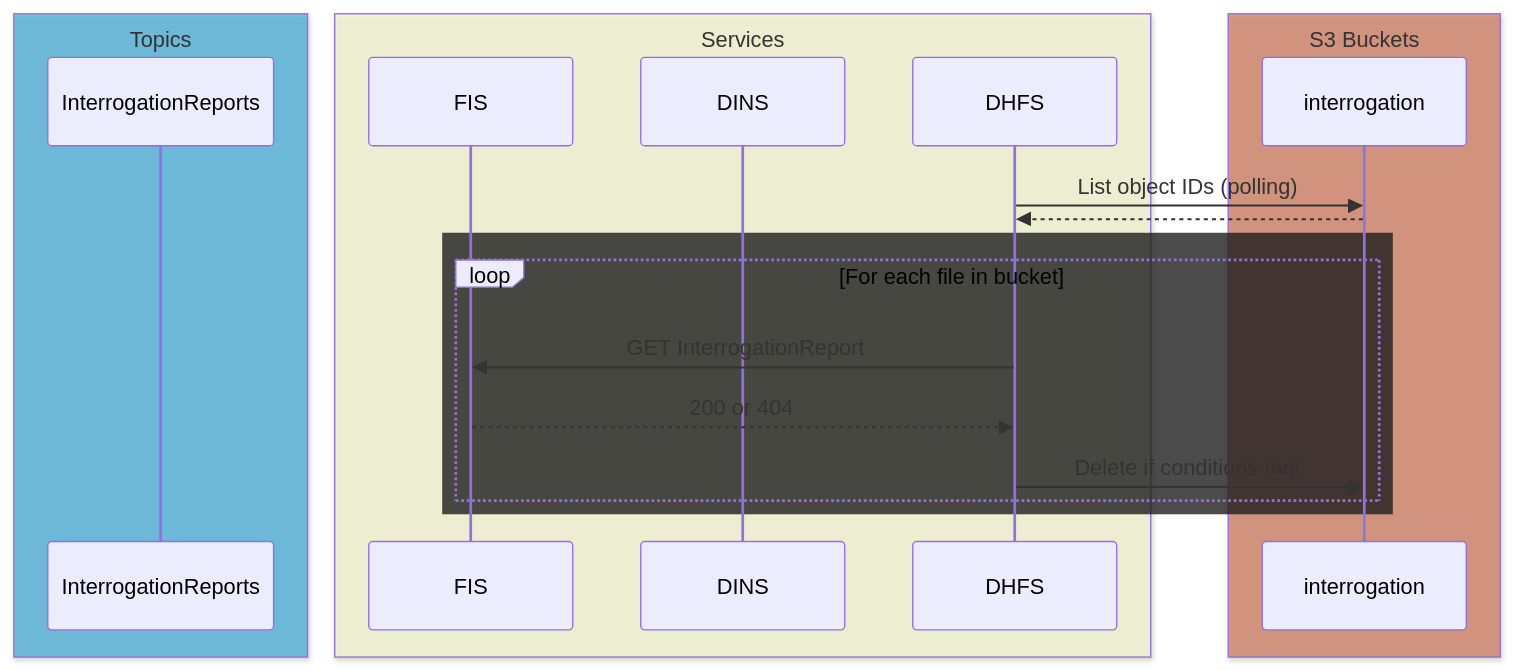
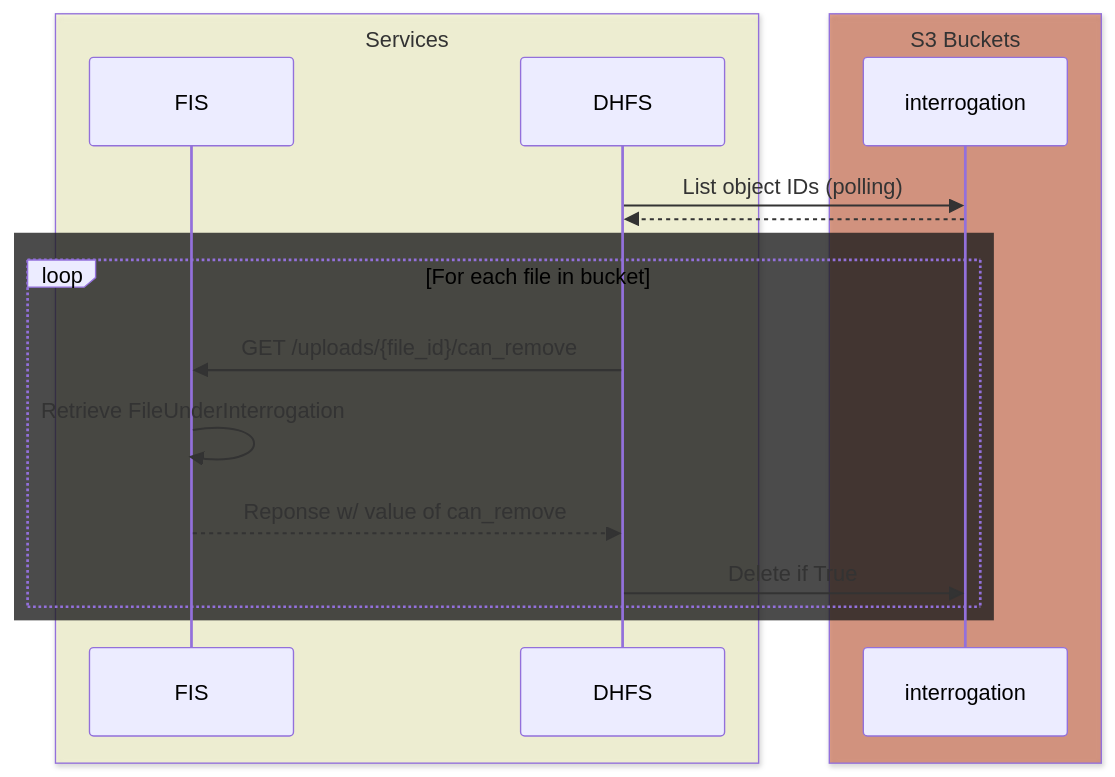
One commit to ghga-de/epic-docs changed the second of 3 diagrams in 84-sarcastic-fringehead/technical_specification.md. Above: the diagram before and after it, drawn with Mermaid. The commit also changed other lines of this file and 1 other file, not shown here.

Commit message:
Update Cleanup Job Diagram and Service Map

````diff
--- a/84-sarcastic-fringehead/technical_specification.md
+++ b/84-sarcastic-fringehead/technical_specification.md
@@ -667,24 +667,21 @@
 ```mermaid
 sequenceDiagram
-    box rgb(0, 150, 210, 0.5) Topics
-        participant InterrogationReports
-    end
     box rgb(255, 255, 200, .5) Services
         participant FIS
-        participant DINS
         participant DHFS
     end
     box rgb(200, 75, 35, 0.5) S3 Buckets
         participant interrogation
     end
     
     DHFS->>interrogation: List object IDs (polling)
     interrogation-->>DHFS:
     rect rgb(30, 30, 30, .8)
         loop For each file in bucket
-            DHFS->>FIS: GET InterrogationReport
-            FIS-->>DHFS: 200 or 404
-            DHFS->>interrogation: Delete if conditions met
+            DHFS->>FIS: GET /uploads/{file_id}/can_remove
+            FIS->>FIS: Retrieve FileUnderInterrogation
+            FIS-->>DHFS: Reponse w/ value of can_remove
+            DHFS->>interrogation: Delete if True
         end
     end
 ```
````
